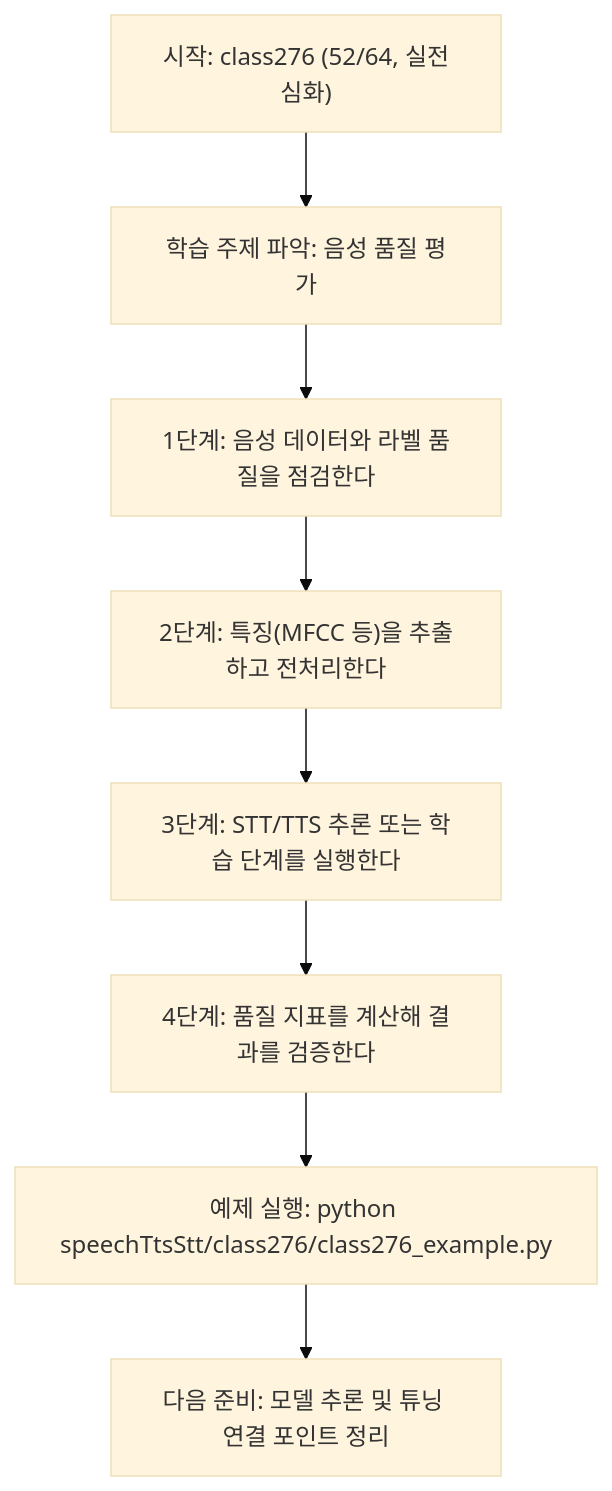
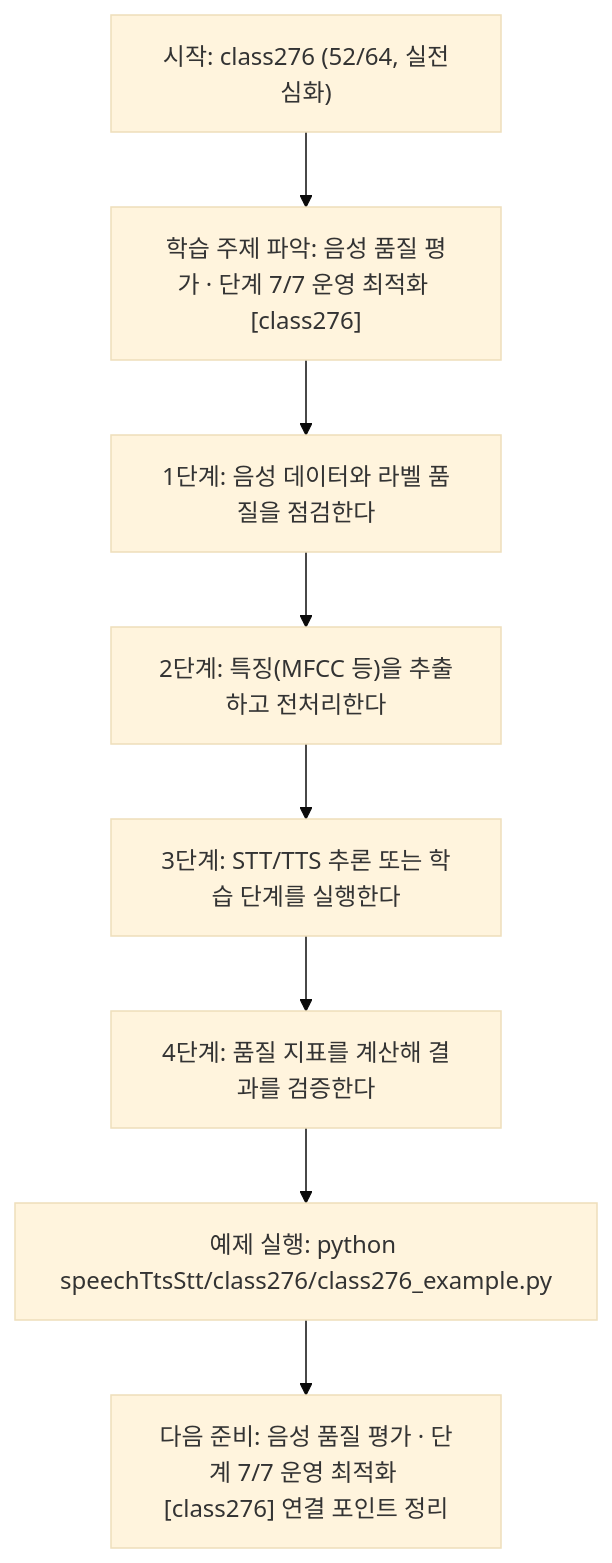
The diagram in speechTtsStt/class276/class276.md (edumgt/Python-AI_Agent-Class), drawn with Mermaid (base theme) before and after one commit. The commit also changed other lines of this file and 522 other files, not shown here.

````diff
--- a/speechTtsStt/class276/class276.md
+++ b/speechTtsStt/class276/class276.md
@@ -113,18 +114,18 @@
 ```mermaid
 flowchart TD
 N1["시작: class276 (52/64, 실전심화)"]
-N2["학습 주제 파악: 음성 품질 평가"]
+N2["학습 주제 파악: 음성 품질 평가 · 단계 7/7 운영 최적화 [class276]"]
 N3["1단계: 음성 데이터와 라벨 품질을 점검한다"]
 N4["2단계: 특징(MFCC 등)을 추출하고 전처리한다"]
 N5["3단계: STT/TTS 추론 또는 학습 단계를 실행한다"]
 N6["4단계: 품질 지표를 계산해 결과를 검증한다"]
 N7["예제 실행: python speechTtsStt/class276/class276_example.py"]
-N8["다음 준비: 모델 추론 및 튜닝 연결 포인트 정리"]
+N8["다음 준비: 음성 품질 평가 · 단계 7/7 운영 최적화 [class276] 연결 포인트 정리"]
 N1 --> N2
 N2 --> N3
 N3 --> N4
 N4 --> N5
 N5 --> N6
 N6 --> N7
 N7 --> N8
 ```
````
